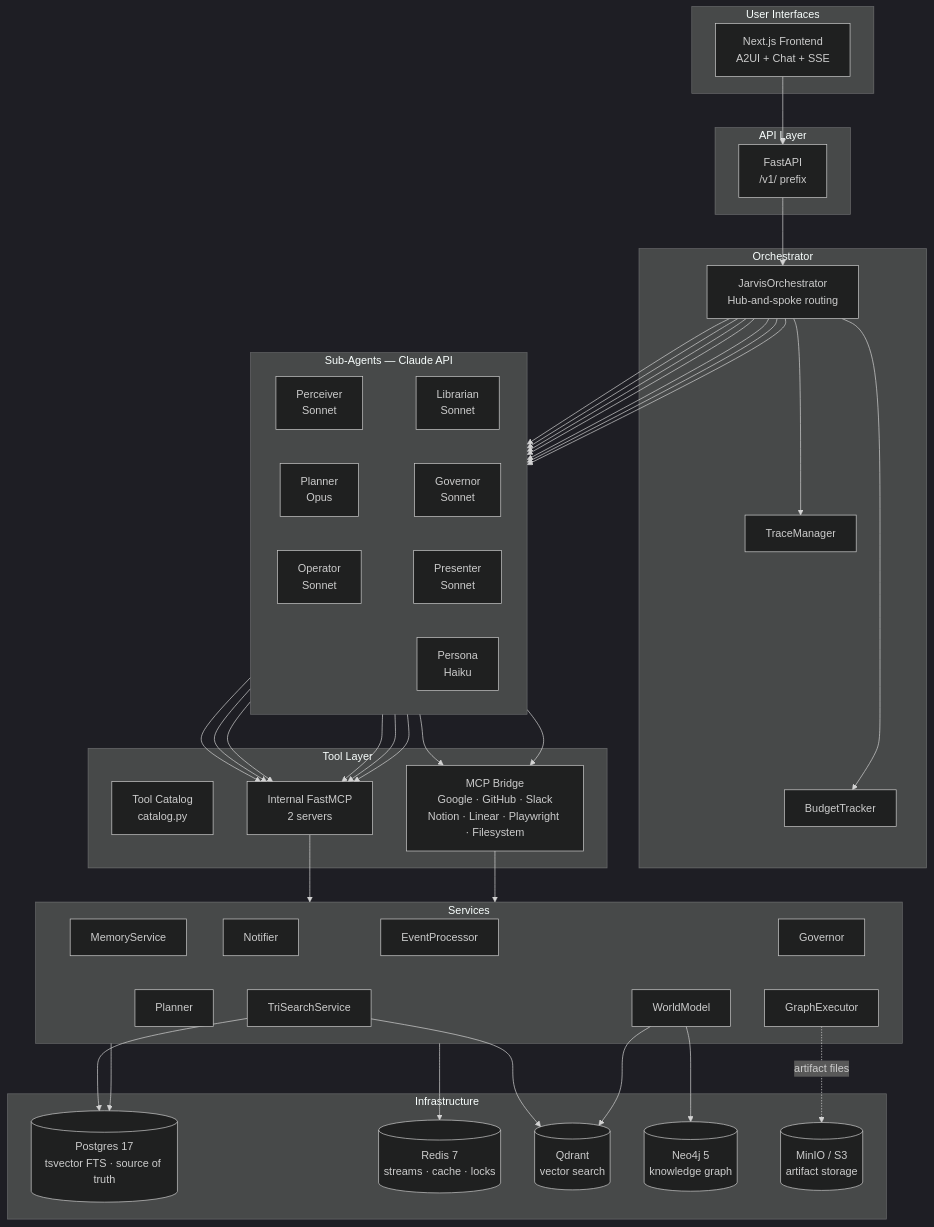
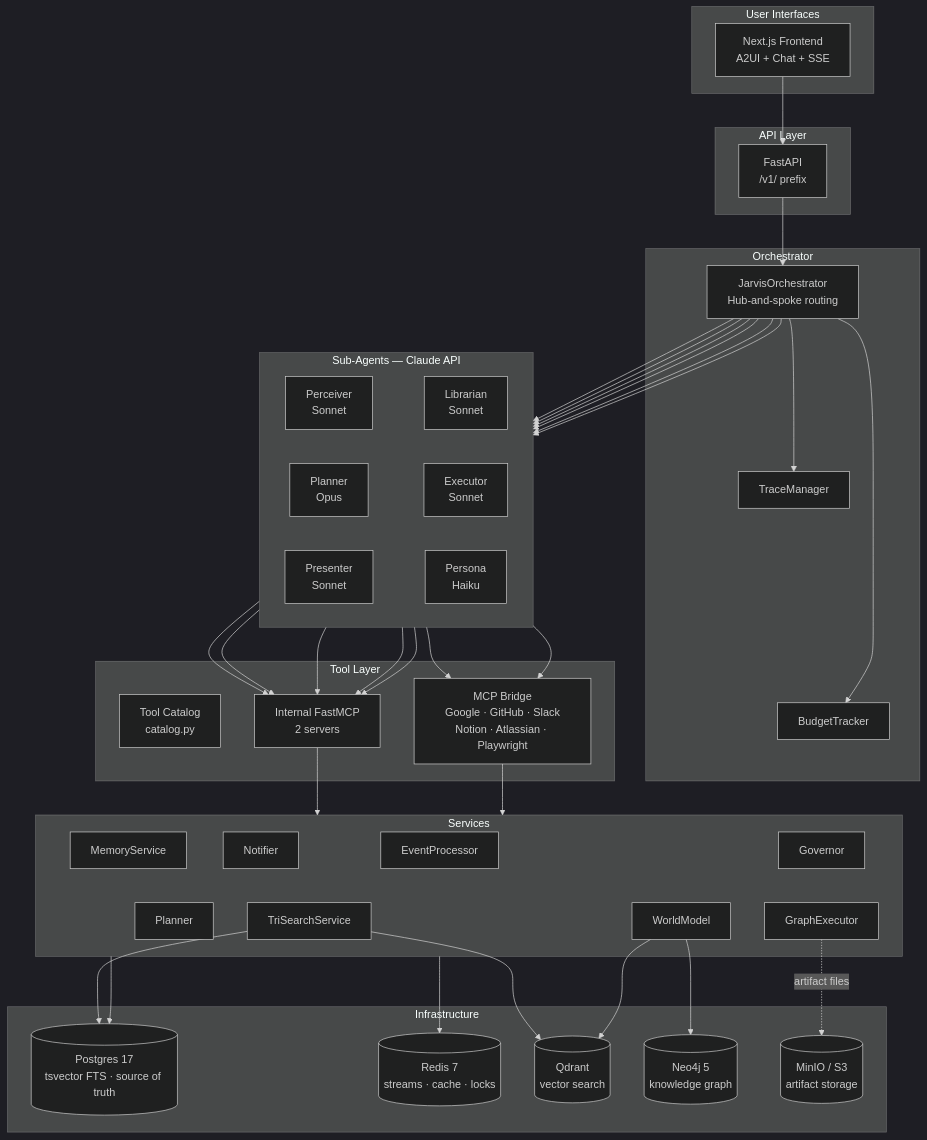
One commit to shivadharmi/muldro changed the diagram in README.md. Above: the diagram before and after it, drawn with Mermaid (dark theme). The commit also changed other lines of this file and 14 other files, not shown here.

First line of the commit message:
docs: sync durable architecture docs with post-rebuild code

````diff
--- a/README.md
+++ b/README.md
@@ -13,57 +13,56 @@
 ```mermaid
 graph TB
     subgraph UI["User Interfaces"]
         WEB[Next.js Frontend<br/>A2UI + Chat + SSE]
     end
 
     subgraph API["API Layer"]
         FA[FastAPI<br/>/v1/ prefix]
     end
 
     subgraph ORCH["Orchestrator"]
         JO[JarvisOrchestrator<br/>Hub-and-spoke routing]
         TR[TraceManager] ~~~ BU[BudgetTracker]
     end
 
     subgraph AGENTS["Sub-Agents — Claude API"]
         direction LR
         PCV[Perceiver<br/>Sonnet] ~~~ LIB[Librarian<br/>Sonnet]
-        PLN[Planner<br/>Opus] ~~~ GOV[Governor<br/>Sonnet]
-        OPR[Operator<br/>Sonnet] ~~~ PRS[Presenter<br/>Sonnet]
-        PER[Persona<br/>Haiku]
+        PLN[Planner<br/>Opus] ~~~ EXE[Executor<br/>Sonnet]
+        PRS[Presenter<br/>Sonnet] ~~~ PER[Persona<br/>Haiku]
     end
 
     subgraph TOOLS["Tool Layer"]
         CAT[Tool Catalog<br/>catalog.py]
         INT[Internal FastMCP<br/>2 servers]
-        MCP[MCP Bridge<br/>Google · GitHub · Slack<br/>Notion · Linear · Playwright · Filesystem]
+        MCP[MCP Bridge<br/>Google · GitHub · Slack<br/>Notion · Atlassian · Playwright]
     end
 
     subgraph SVC["Services"]
         EP[EventProcessor] ~~~ WM[WorldModel]
         MS[MemoryService] ~~~ PL[Planner]
         GV[Governor] ~~~ GE[GraphExecutor]
         NT[Notifier] ~~~ TS[TriSearchService]
     end
 
     subgraph INFRA["Infrastructure"]
         PG[(Postgres 17<br/>tsvector FTS · source of truth)]
         RD[(Redis 7<br/>streams · cache · locks)]
         QD[(Qdrant<br/>vector search)]
         N4J[(Neo4j 5<br/>knowledge graph)]
         S3[(MinIO / S3<br/>artifact storage)]
     end
 
     WEB --> FA
     FA --> JO
     JO --> TR & BU
-    JO --> PCV & LIB & PLN & GOV & OPR & PRS & PER
-    PCV & LIB & PLN & GOV & OPR & PRS --> INT
-    OPR & PCV --> MCP
+    JO --> PCV & LIB & PLN & EXE & PRS & PER
+    PCV & LIB & PLN & EXE & PRS --> INT
+    EXE & PCV --> MCP
     INT --> SVC
     MCP --> SVC
     SVC --> PG & RD
     TS --> QD & PG
     WM --> N4J & QD
     GE -.->|artifact files| S3
 ```
````
